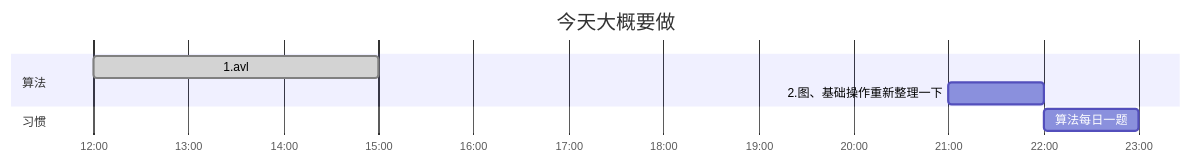
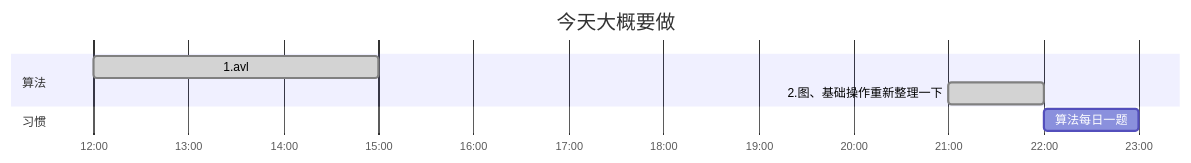
Before and after one commit to 904566722/904566722.github.io: the diagram in 2023-05-23/index.md, drawn with Mermaid. The commit also changed 155 other files, not shown here.

```diff
--- a/2023-05-23/index.md
+++ b/2023-05-23/index.md
@@ -8,14 +8,14 @@
 {{< mermaid >}}
 gantt
 dateFormat HH:mm
 axisFormat %H:%M
 tickInterval 1h
 title 今天大概要做
 
 section 算法
 	1.avl: done, 12:00, 3h
-	2.图、基础操作重新整理一下: 21:00, 1h
+	2.图、基础操作重新整理一下: done, 21:00, 1h
 	
 section 习惯
 	算法每日一题: 1h
 {{< /mermaid >}}
```
